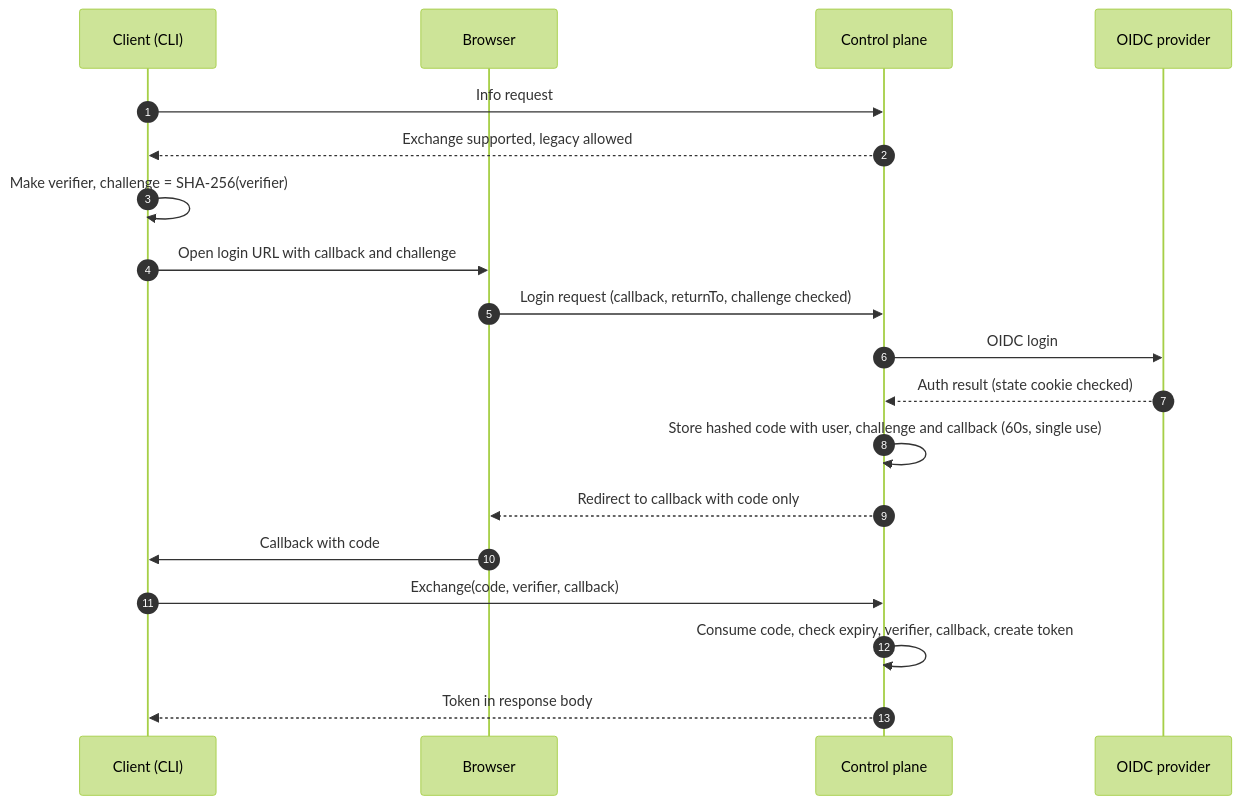
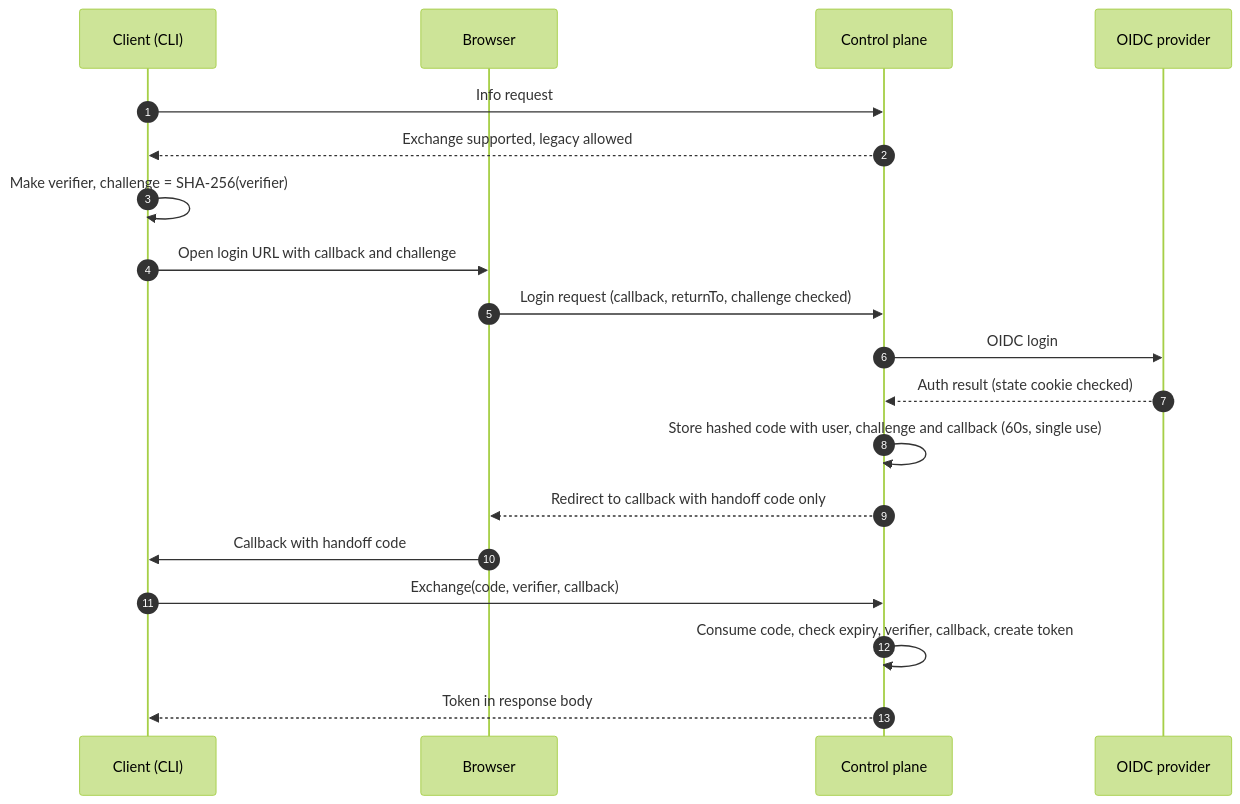
Before and after one commit to chainloop-dev/chainloop: the diagram in docs/specs/issue-3626-login-code-exchange.md, drawn with Mermaid (forest theme). The commit also changed other lines of this file, not shown here.

First line of the commit message:
spec: issue-3626 log exchange failure reasons and name the parameter handoff

````diff
--- a/docs/specs/issue-3626-login-code-exchange.md
+++ b/docs/specs/issue-3626-login-code-exchange.md
@@ -104,22 +104,22 @@
 ```mermaid
 sequenceDiagram
     autonumber
     participant C as Client (CLI)
     participant B as Browser
     participant CP as Control plane
     participant I as OIDC provider
 
     C->>CP: Info request
     CP-->>C: Exchange supported, legacy allowed
     C->>C: Make verifier, challenge = SHA-256(verifier)
     C->>B: Open login URL with callback and challenge
     B->>CP: Login request (callback, returnTo, challenge checked)
     CP->>I: OIDC login
     I-->>CP: Auth result (state cookie checked)
     CP->>CP: Store hashed code with user, challenge and callback (60s, single use)
-    CP-->>B: Redirect to callback with code only
-    B->>C: Callback with code
+    CP-->>B: Redirect to callback with handoff code only
+    B->>C: Callback with handoff code
     C->>CP: Exchange(code, verifier, callback)
     CP->>CP: Consume code, check expiry, verifier, callback, create token
     CP-->>C: Token in response body
 ```
````
